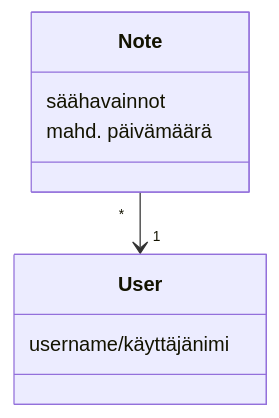
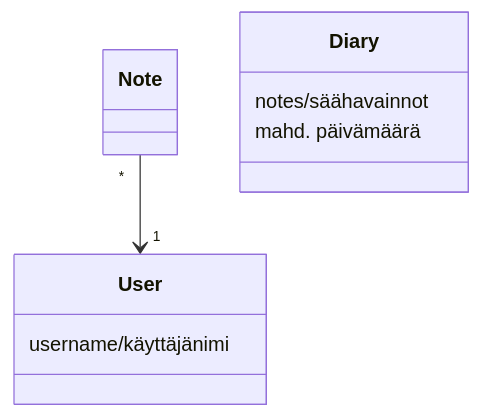
Before and after one commit to sansilla/ot-harjoitustyo: the diagram in dokumentaatio/arkkitehtuuri.md, drawn with Mermaid. The commit also changed other lines of this file, not shown here.

````diff
--- a/dokumentaatio/arkkitehtuuri.md
+++ b/dokumentaatio/arkkitehtuuri.md
@@ -3,12 +8,12 @@
 ```mermaid
  classDiagram
       Note "*" --> "1" User
      
-      class Note{
-          säähavainnot
+      class Diary{
+          notes/säähavainnot
           mahd. päivämäärä
       }
       class User{
           username/käyttäjänimi
       }
 ```
````
